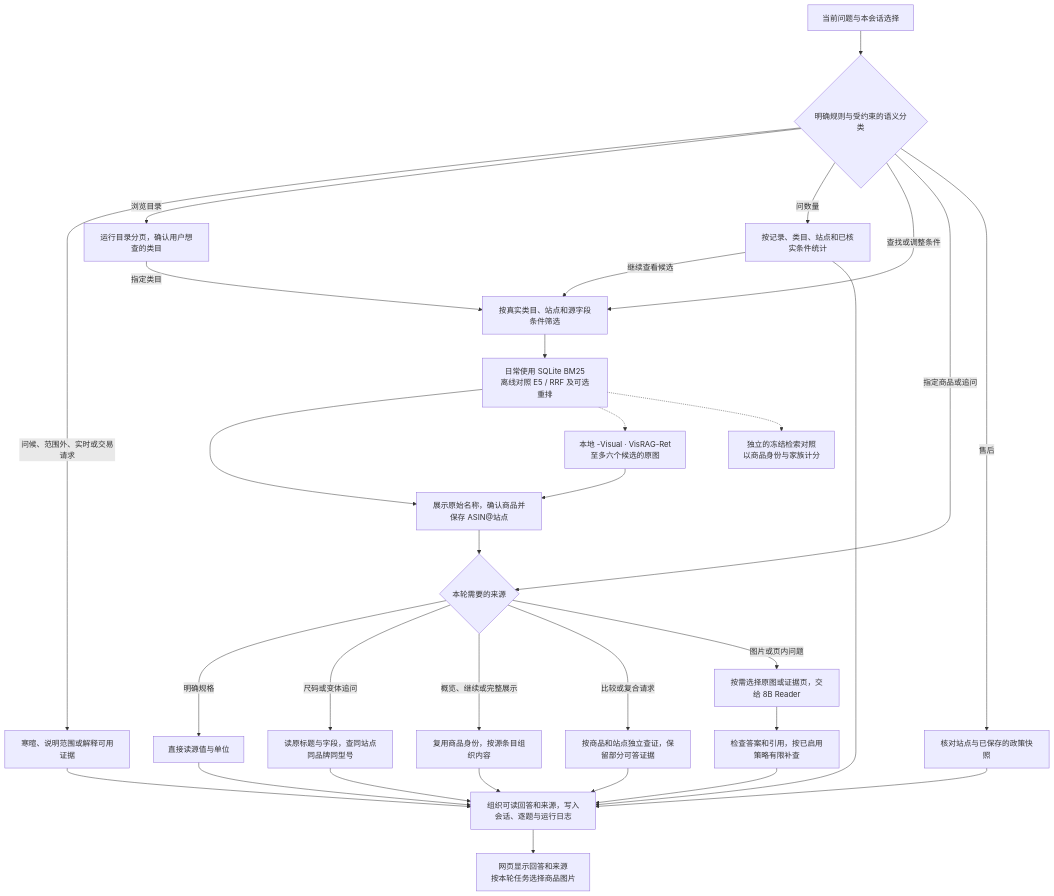
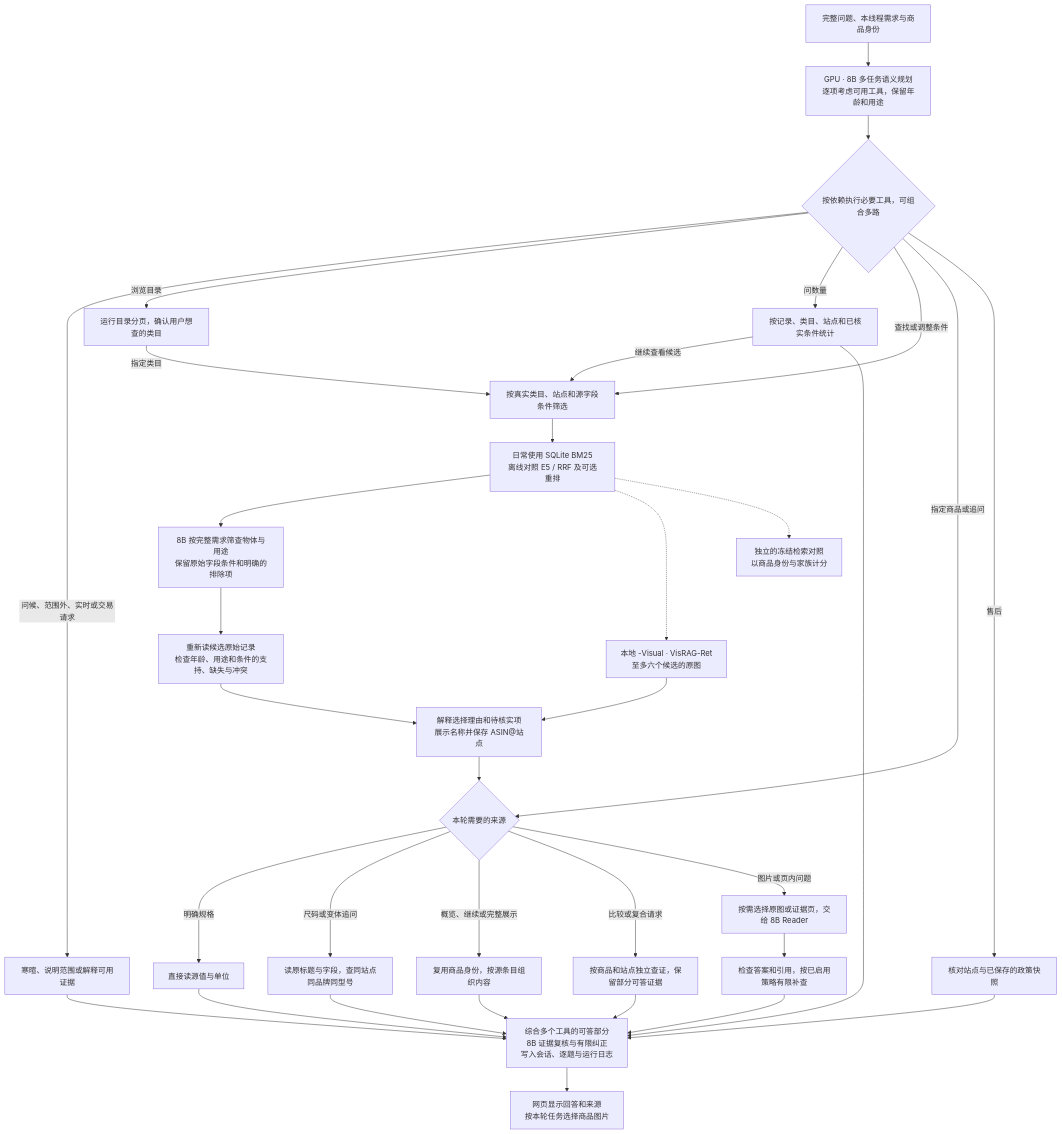
The second of 4 diagrams in docs/A-D阶段流程.md (AaronYue77/ABO-Adaptive-RAG), drawn with Mermaid before and after one commit. The commit also changed other lines of this file and 29 other files, not shown here.

````diff
--- a/docs/A-D阶段流程.md
+++ b/docs/A-D阶段流程.md
@@ -36,32 +36,35 @@
 ```mermaid
 flowchart TD
-    q["当前问题与本会话选择"] --> route{"明确规则与受约束的语义分类"}
+    q["完整问题、本线程需求与商品身份"] --> plan["GPU · 8B 多任务语义规划<br/>逐项考虑可用工具，保留年龄和用途"]
+    plan --> route{"按依赖执行必要工具，可组合多路"}
     route -->|"问候、范围外、实时或交易请求"| plain["寒暄、说明范围或解释可用证据"]
     route -->|浏览目录| directory["运行目录分页，确认用户想查的类目"]
     route -->|问数量| tally["按记录、类目、站点和已核实条件统计"]
     tally -->|继续查看候选| search
     route -->|查找或调整条件| search["按真实类目、站点和源字段条件筛选"]
     directory -->|指定类目| search
     search --> rank["日常使用 SQLite BM25<br/>离线对照 E5 / RRF 及可选重排"]
-    rank --> choose["展示原始名称，确认商品并保存 ASIN@站点"]
+    rank --> semantic["8B 按完整需求筛查物体与用途<br/>保留原始字段条件和明确的排除项"]
+    semantic --> suitability["重新读候选原始记录<br/>检查年龄、用途和条件的支持、缺失与冲突"]
+    suitability --> choose["解释选择理由和待核实项<br/>展示名称并保存 ASIN@站点"]
     rank -.-> visual["本地 -Visual · VisRAG-Ret<br/>至多六个候选的原图"] --> choose
     route -->|指定商品或追问| evidence{"本轮需要的来源"}
     choose --> evidence
     evidence -->|明确规格| fields["直接读源值与单位"]
     evidence -->|尺码或变体追问| variants["读原标题与字段，查同站点同品牌同型号"]
     evidence -->|概览、继续或完整展示| detail["复用商品身份，按源条目组织内容"]
     evidence -->|比较或复合请求| multi["按商品和站点独立查证，保留部分可答证据"]
     evidence -->|图片或页内问题| reader["按需选择原图或证据页，交给 8B Reader"]
     route -->|售后| policy["核对站点与已保存的政策快照"]
     reader --> guard["检查答案和引用，按已启用策略有限补查"]
-    fields --> answer["组织可读回答和来源，写入会话、逐题与运行日志"]
+    fields --> answer["综合多个工具的可答部分<br/>8B 证据复核与有限纠正<br/>写入会话、逐题与运行日志"]
     tally --> answer
     variants --> answer
     detail --> answer
     multi --> answer
     guard --> answer
     policy --> answer
     plain --> answer
     answer --> browser["网页显示回答和来源<br/>按本轮任务选择商品图片"]
     rank -.-> offline["独立的冻结检索对照<br/>以商品身份与家族计分"]
 ```
````
